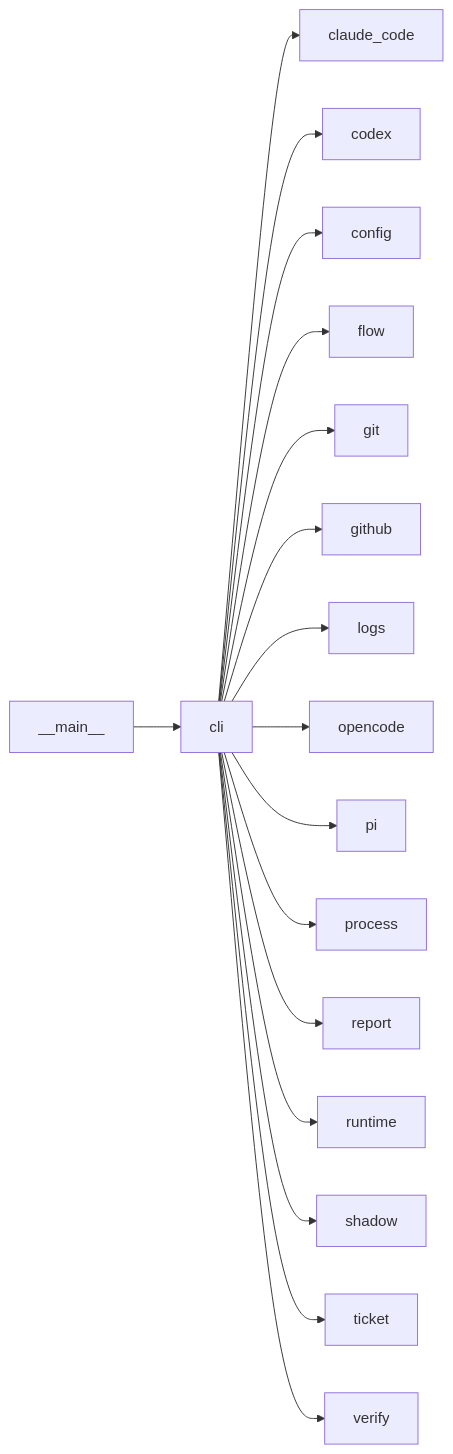
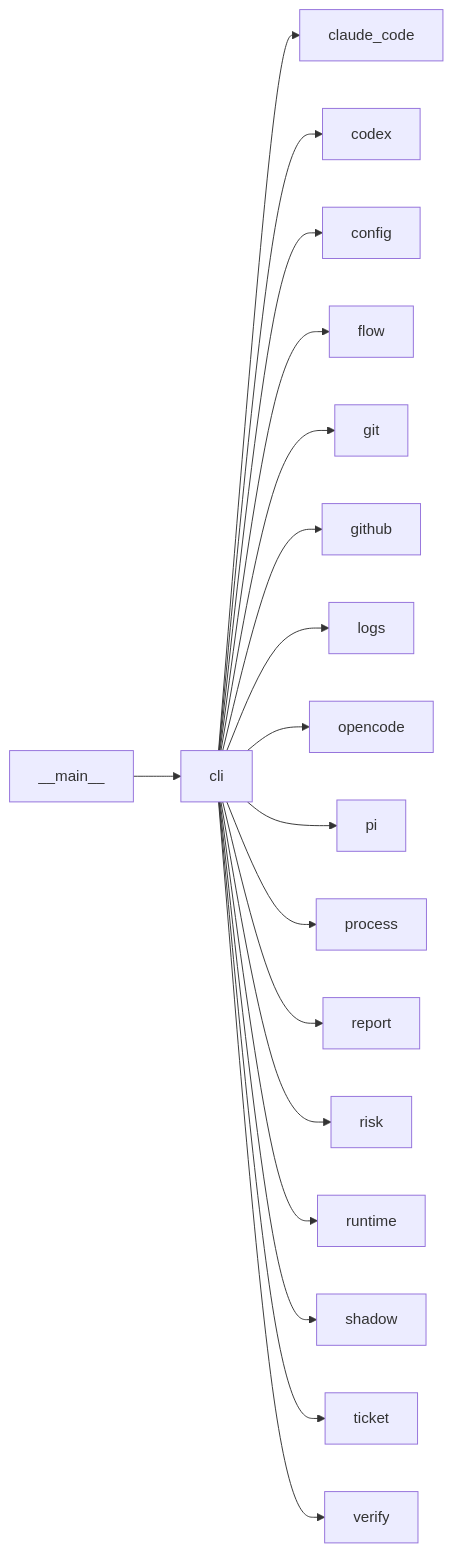
Before and after one commit to plaplanche/ariane: the third of 3 diagrams in docs/architecture/modules/cli.md, drawn with Mermaid. The commit also changed other lines of this file and 41 other files, not shown here.

````diff
--- a/docs/architecture/modules/cli.md
+++ b/docs/architecture/modules/cli.md
@@ -84,19 +84,20 @@
 ```mermaid
 flowchart LR
   __main__ --> cli
   cli --> claude_code
   cli --> codex
   cli --> config
   cli --> flow
   cli --> git
   cli --> github
   cli --> logs
   cli --> opencode
   cli --> pi
   cli --> process
   cli --> report
+  cli --> risk
   cli --> runtime
   cli --> shadow
   cli --> ticket
   cli --> verify
 ```
````
